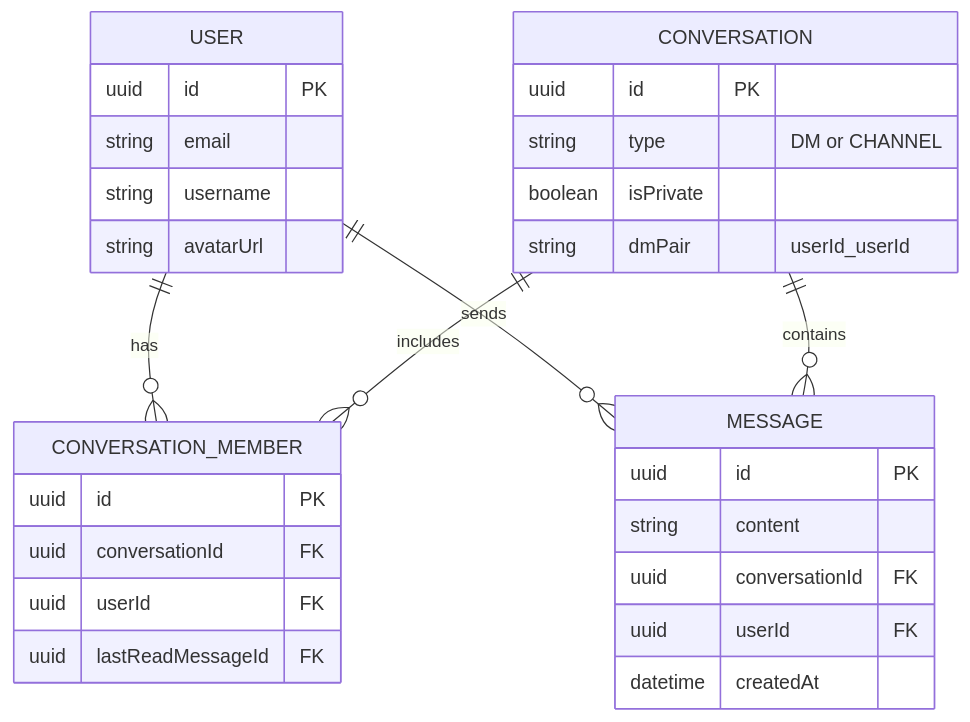
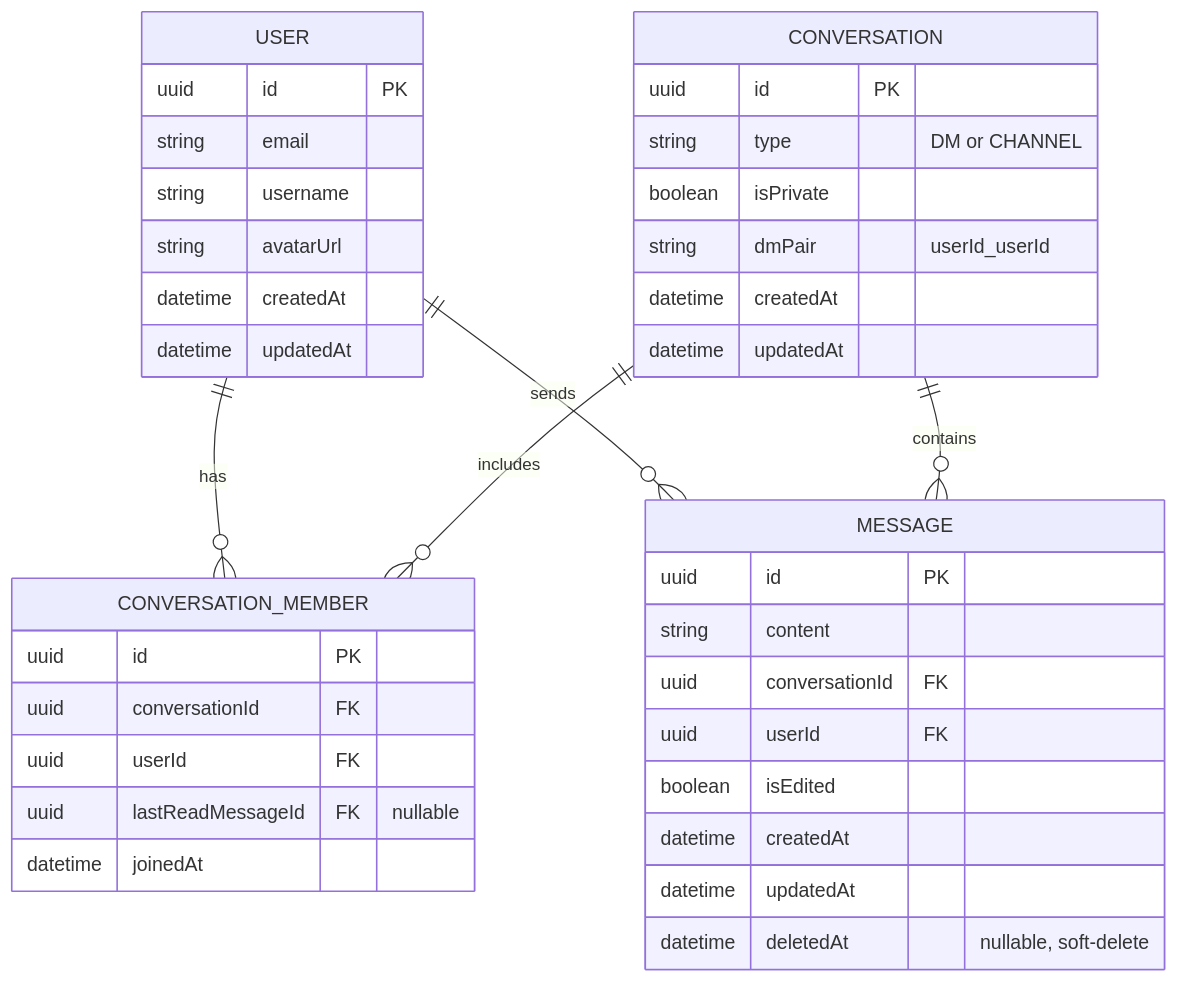
One commit to Kashyap-empiric/Nexus changed the second of 2 diagrams in .docs/DOCUMENTATION.md. Above: the diagram before and after it, drawn with Mermaid. The commit also changed other lines of this file and 14 other files, not shown here.

````diff
--- a/.docs/DOCUMENTATION.md
+++ b/.docs/DOCUMENTATION.md
@@ -87,37 +91,45 @@
 ```mermaid
 erDiagram
     USER ||--o{ CONVERSATION_MEMBER : has
     USER ||--o{ MESSAGE : sends
 
     CONVERSATION ||--o{ CONVERSATION_MEMBER : includes
     CONVERSATION ||--o{ MESSAGE : contains
 
     USER {
         uuid id PK
         string email
         string username
         string avatarUrl
+        datetime createdAt
+        datetime updatedAt
     }
 
     CONVERSATION {
         uuid id PK
         string type "DM or CHANNEL"
         boolean isPrivate
         string dmPair "userId_userId"
+        datetime createdAt
+        datetime updatedAt
     }
 
     CONVERSATION_MEMBER {
         uuid id PK
         uuid conversationId FK
         uuid userId FK
-        uuid lastReadMessageId FK
+        uuid lastReadMessageId FK "nullable"
+        datetime joinedAt
     }
 
     MESSAGE {
         uuid id PK
         string content
         uuid conversationId FK
         uuid userId FK
+        boolean isEdited
         datetime createdAt
+        datetime updatedAt
+        datetime deletedAt "nullable, soft-delete"
     }
 ```
````
